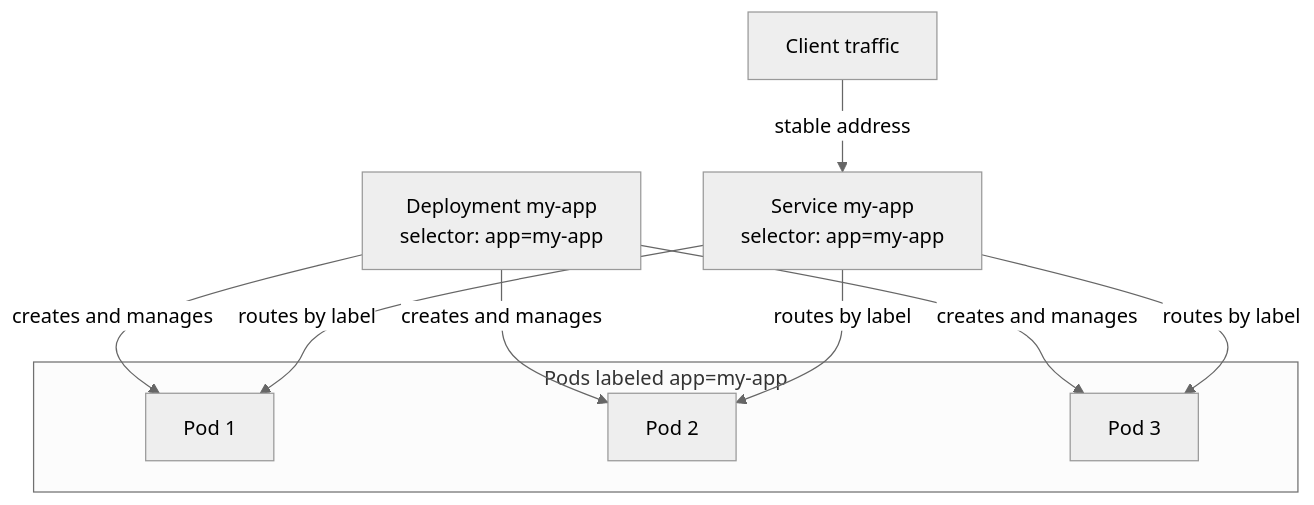
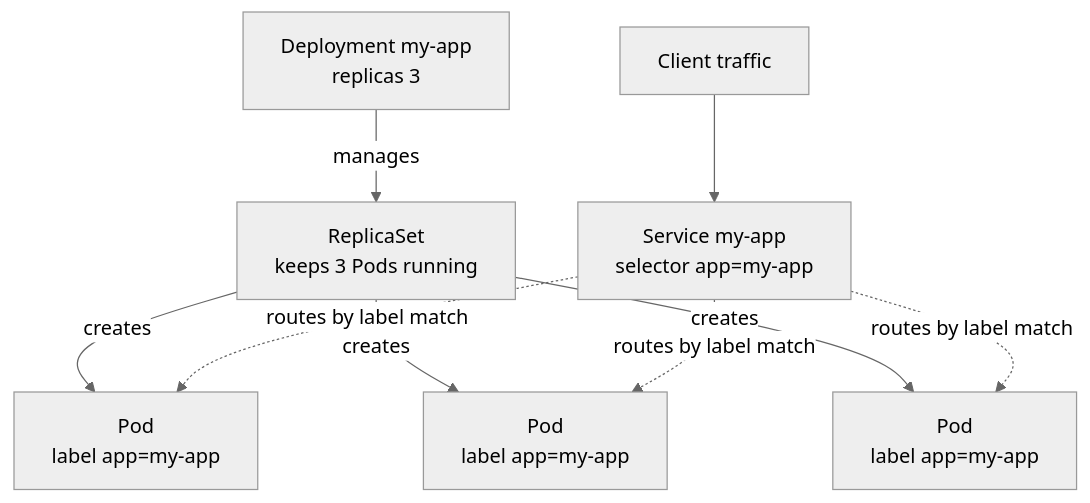
Before and after one commit to maroowe-wan/maroowe-wan.github.io: the diagram in courses/devops-pipeline-eks/lectures/04_k8s-manifests/content.en.md, drawn with Mermaid (neutral theme). The commit also changed other lines of this file and 202 other files, not shown here.

````diff
--- a/courses/devops-pipeline-eks/lectures/04_k8s-manifests/content.en.md
+++ b/courses/devops-pipeline-eks/lectures/04_k8s-manifests/content.en.md
@@ -116,19 +102,20 @@
-```mermaid How label selectors link Deployment, Pods, and Service
-flowchart TB
-    Dep["Deployment my-app<br/>selector: app=my-app"]
-    subgraph Pods["Pods labeled app=my-app"]
-        P1[Pod 1]
-        P2[Pod 2]
-        P3[Pod 3]
-    end
-    Svc["Service my-app<br/>selector: app=my-app"]
-    Client[Client traffic]
+```mermaid Kubernetes object relationships from the two manifests
+flowchart TD
+    Client["Client traffic"]
+    Svc["Service my-app<br/>selector app=my-app"]
+    Deploy["Deployment my-app<br/>replicas 3"]
+    RS["ReplicaSet<br/>keeps 3 Pods running"]
+    P1["Pod<br/>label app=my-app"]
+    P2["Pod<br/>label app=my-app"]
+    P3["Pod<br/>label app=my-app"]
 
-    Dep -->|creates and manages| P1
-    Dep -->|creates and manages| P2
-    Dep -->|creates and manages| P3
-    Client -->|stable address| Svc
-    Svc -->|routes by label| P1
-    Svc -->|routes by label| P2
-    Svc -->|routes by label| P3
+    Deploy -->|manages| RS
+    RS -->|creates| P1
+    RS -->|creates| P2
+    RS -->|creates| P3
+
+    Client --> Svc
+    Svc -.->|routes by label match| P1
+    Svc -.->|routes by label match| P2
+    Svc -.->|routes by label match| P3
 ```
````
